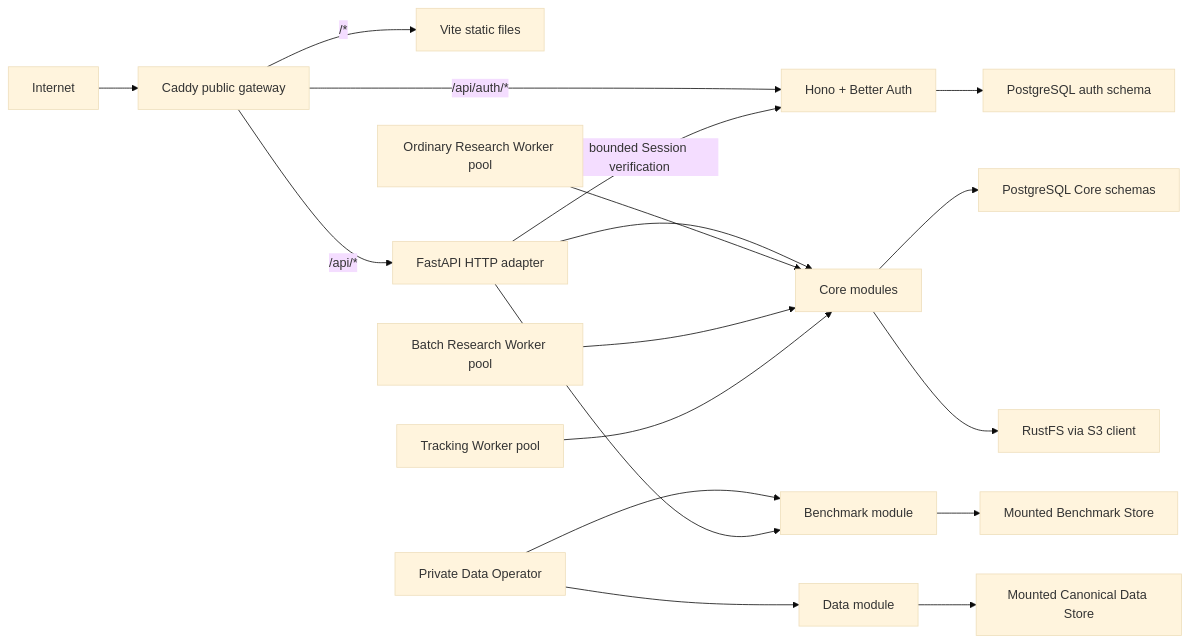
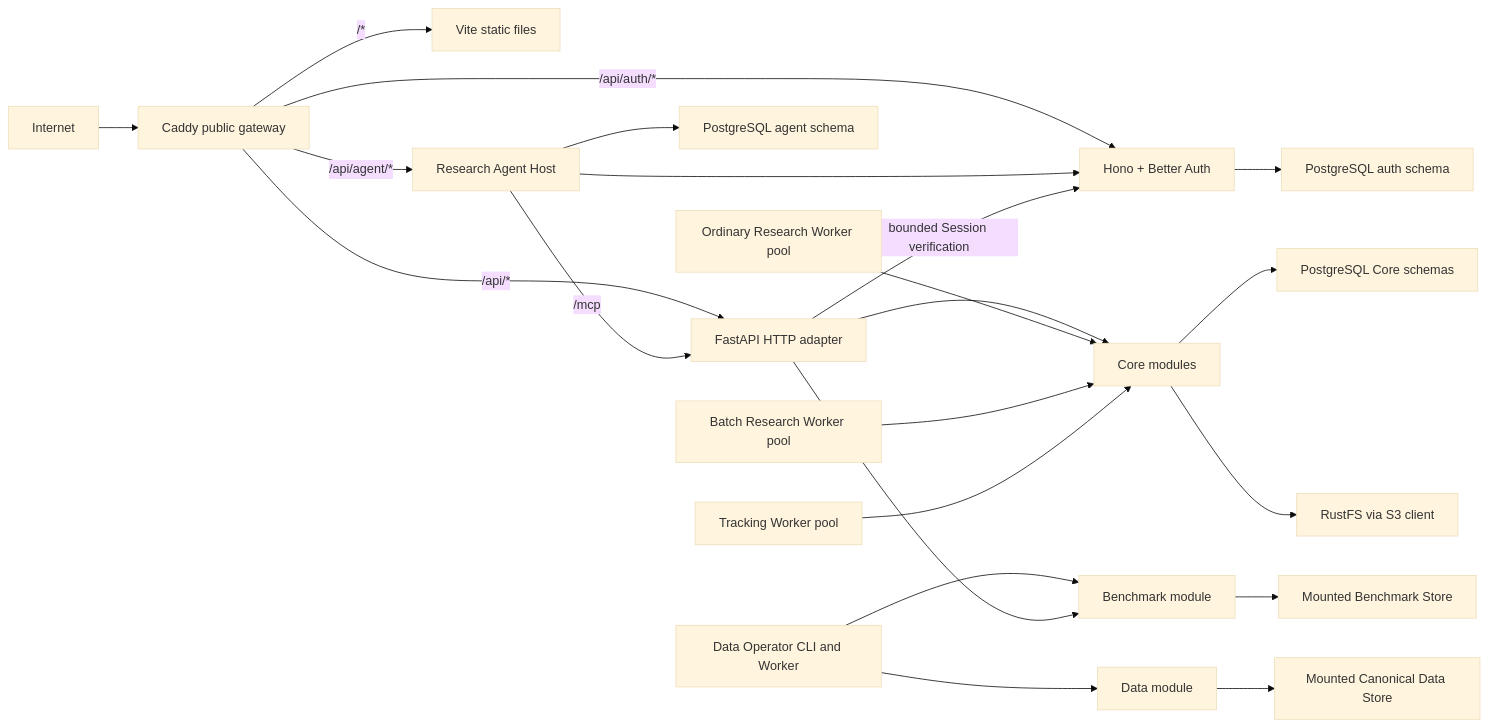
The first of 2 diagrams in docs/architecture/core.md (humeo/thesistrace), drawn with Mermaid (base theme) before and after one commit. The commit also changed other lines of this file and 47 other files, not shown here.

````diff
--- a/docs/architecture/core.md
+++ b/docs/architecture/core.md
@@ -51,20 +53,24 @@
 ```mermaid
 flowchart LR
     I["Internet"] --> C["Caddy public gateway"]
     C -->|"/*"| W["Vite static files"]
     C -->|"/api/auth/*"| A["Hono + Better Auth"]
+    C -->|"/api/agent/*"| X["Research Agent Host"]
     C -->|"/api/*"| H["FastAPI HTTP adapter"]
+    X -->|"/mcp"| H
+    X --> A
+    X --> J["PostgreSQL agent schema"]
     H -->|"bounded Session verification"| A
     H --> M["Core modules"]
     R["Ordinary Research Worker pool"] --> M
     Q["Batch Research Worker pool"] --> M
     T["Tracking Worker pool"] --> M
-    O["Private Data Operator"] --> D["Data module"]
+    O["Data Operator CLI and Worker"] --> D["Data module"]
     M --> P["PostgreSQL Core schemas"]
     A --> U["PostgreSQL auth schema"]
     O --> B["Benchmark module"]
     H --> B
     M --> S["RustFS via S3 client"]
     D --> F["Mounted Canonical Data Store"]
     B --> G["Mounted Benchmark Store"]
 ```
````
